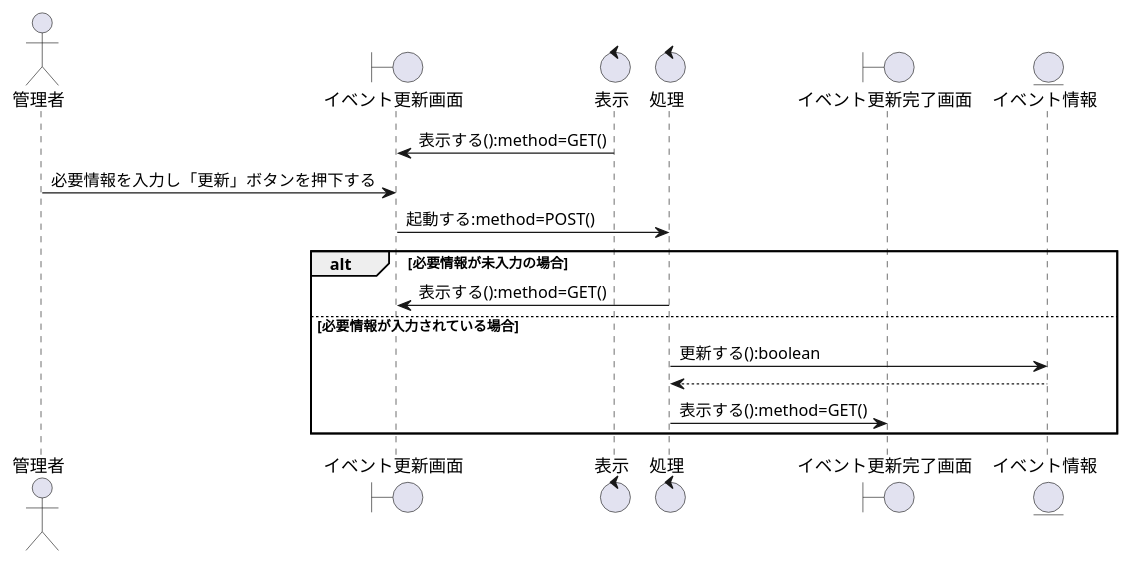
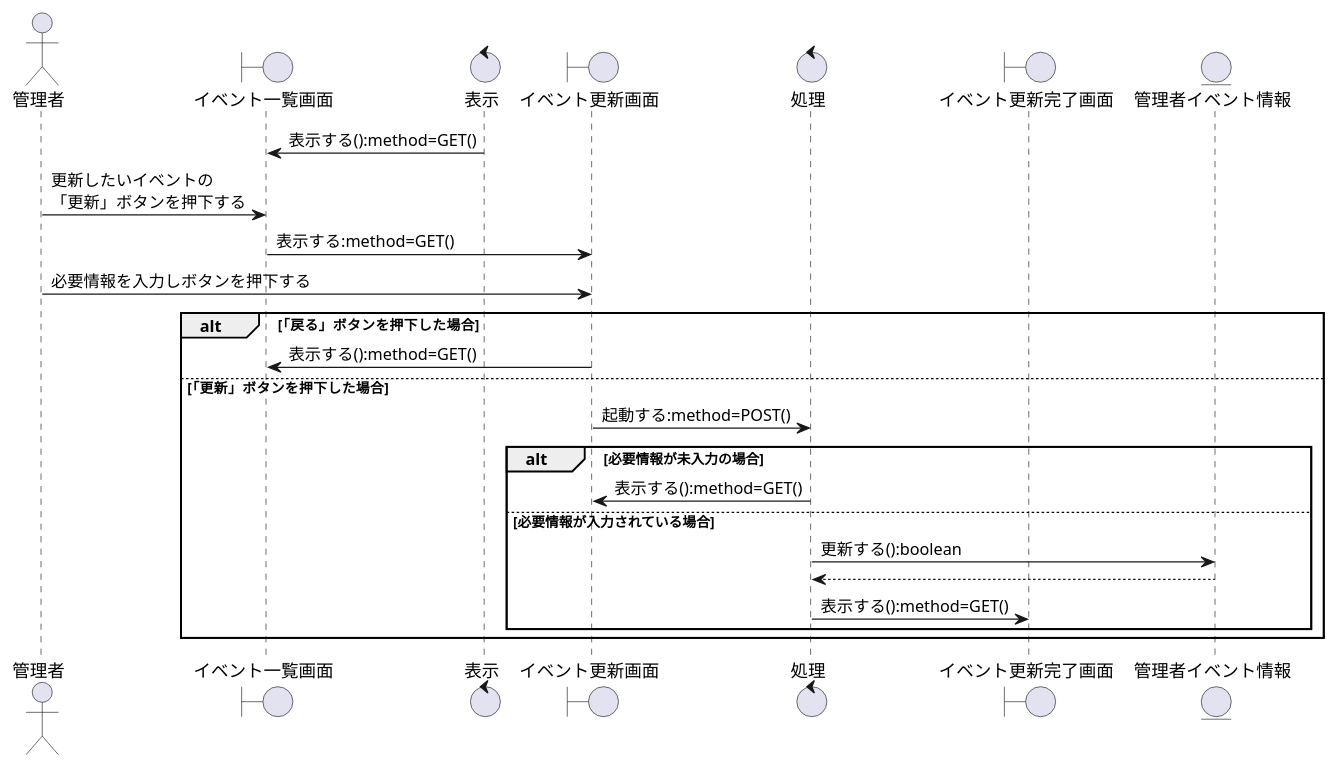
The diagram in お城/お城/設計書/シーケンス図/管理者/イベント情報機能/シーケンス図_管理者がイベント情報を更新する.pu (K-Rinrin/GroupE), drawn with PlantUML before and after one commit. The commit also changed 9 other files, not shown here.

```diff
--- a/お城/お城/設計書/シーケンス図/管理者/イベント情報機能/シーケンス図_管理者がイベント情報を更新する.pu
+++ b/お城/お城/設計書/シーケンス図/管理者/イベント情報機能/シーケンス図_管理者がイベント情報を更新する.pu
@@ -1,30 +1,41 @@
 @startuml 管理者がイベント情報を更新する
 
 
 ' ========================================
 ' 登場モノの定義
 ' ========================================
 actor "管理者" as Admin
-boundary "イベント更新画面" as b1
+boundary "イベント一覧画面" as b1
 control "表示" as c1
+boundary "イベント更新画面" as b2
 control "処理" as c2
-boundary "イベント更新完了画面" as b2
-entity "イベント情報" as e1
+boundary "イベント更新完了画面" as b3
+entity "管理者イベント情報" as e1
 
 ' ========================================
 ' シーケンスの流れ
 ' ========================================
 
 c1 -> b1 : 表示する():method=GET()
-Admin -> b1 : 必要情報を入力し「更新」ボタンを押下する
-b1 -> c2 : 起動する:method=POST()
+Admin -> b1 : 更新したいイベントの\n「更新」ボタンを押下する
+b1 -> b2 : 表示する:method=GET()
 
-alt 必要情報が未入力の場合
-    c2 -> b1 : 表示する():method=GET()
-else 必要情報が入力されている場合
-    c2 -> e1 : 更新する():boolean
-    e1 --> c2
-    c2 -> b2 : 表示する():method=GET()
+Admin -> b2 : 必要情報を入力しボタンを押下する
+
+
+alt 「戻る」ボタンを押下した場合
+    b2 -> b1 : 表示する():method=GET()
+
+else 「更新」ボタンを押下した場合
+    b2 -> c2 : 起動する:method=POST()
+
+    alt 必要情報が未入力の場合
+        c2 -> b2 : 表示する():method=GET()
+    else 必要情報が入力されている場合
+        c2 -> e1 : 更新する():boolean
+        e1 --> c2
+        c2 -> b3 : 表示する():method=GET()
+    end
 end
 
 @enduml
```
